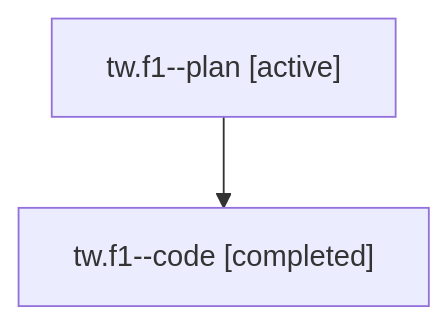
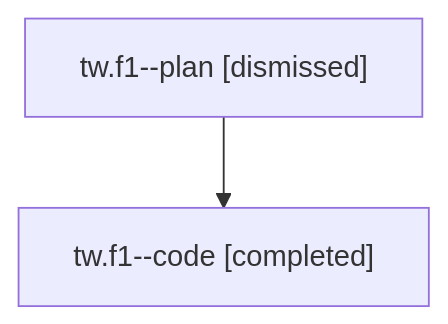
Before and after one commit to sase-org/sase--agents: the diagram in sessions/bbugyi200.athena.tw.f1.md, drawn with Mermaid. The commit also changed other lines of this file and 24 other files, not shown here.

````diff
--- a/sessions/bbugyi200.athena.tw.f1.md
+++ b/sessions/bbugyi200.athena.tw.f1.md
@@ -9,6 +9,6 @@
 ```mermaid
 flowchart TD
-  n0["tw.f1--plan [active]"]
+  n0["tw.f1--plan [dismissed]"]
   n1["tw.f1--code [completed]"]
   n0 --> n1
 ```
````
